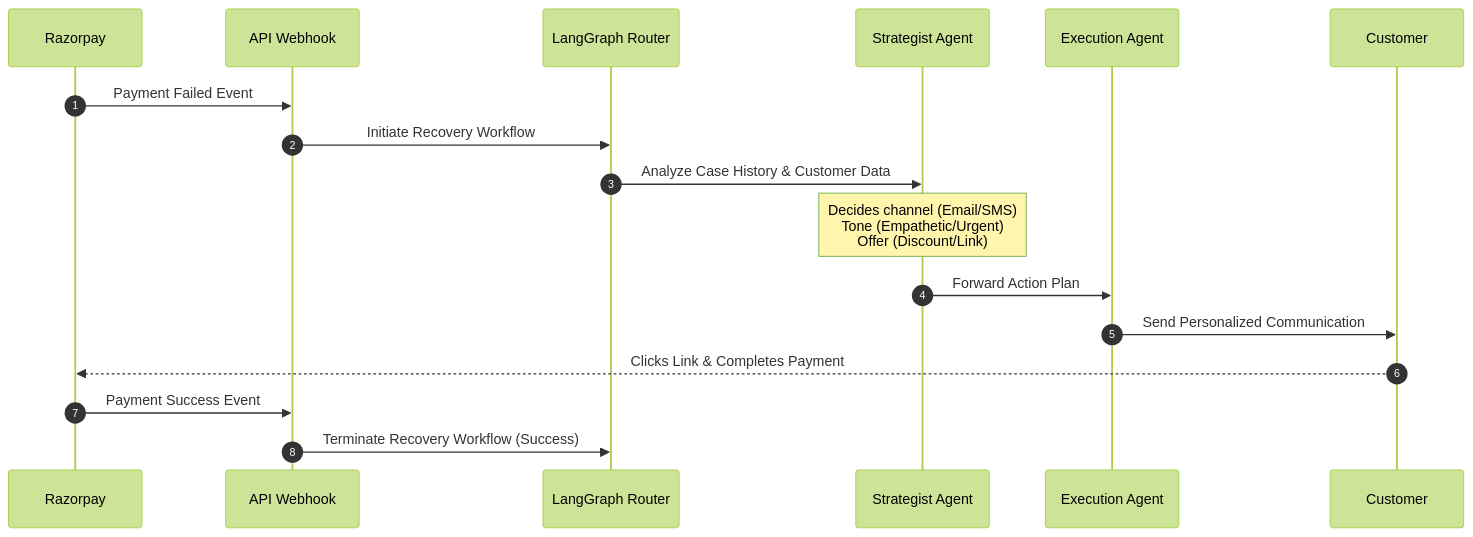
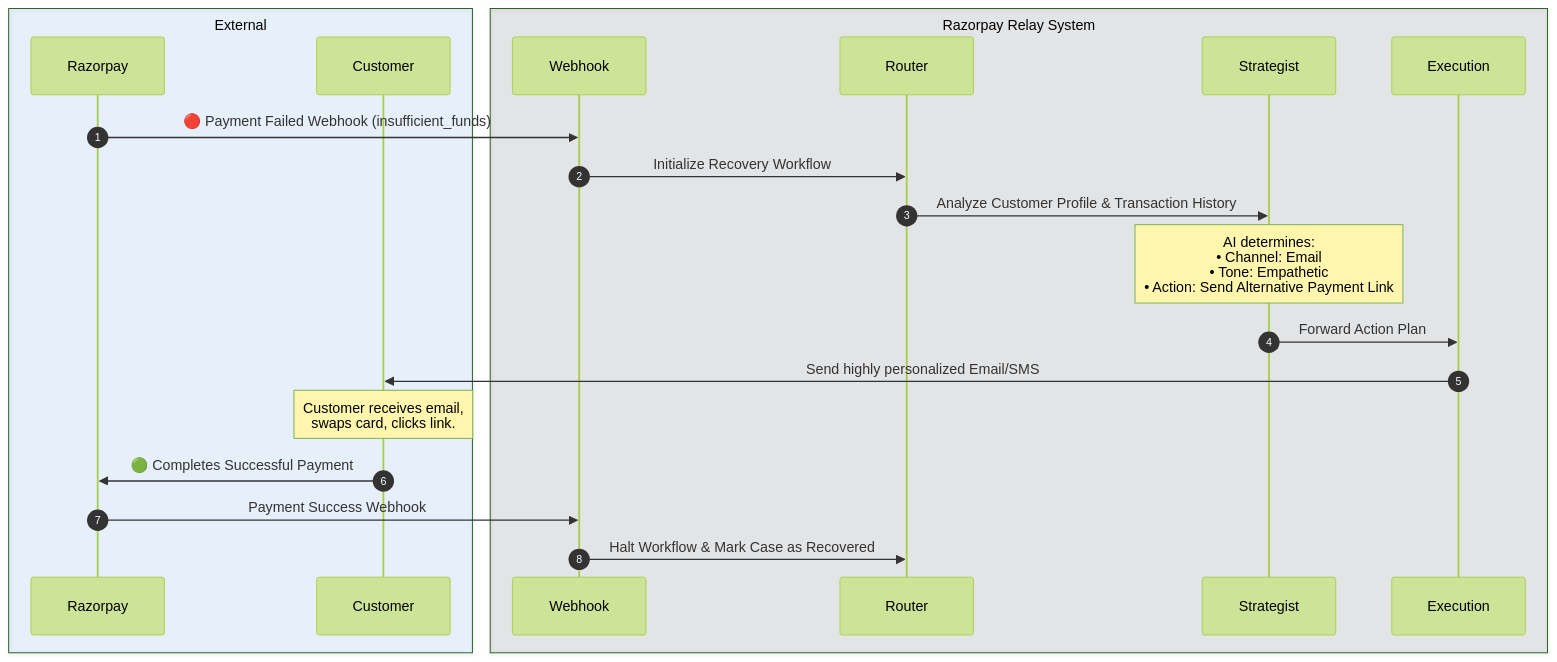
The second of 2 diagrams in README.md (sanyam-15/Buildathon), drawn with Mermaid (forest theme) before and after one commit. The commit also changed other lines of this file, not shown here.

````diff
--- a/README.md
+++ b/README.md
@@ -120,20 +111,29 @@
 ```mermaid
 sequenceDiagram
     autonumber
-    participant Gateway as Razorpay
-    participant Webhook as API Webhook
-    participant Router as LangGraph Router
-    participant Strategist as Strategist Agent
-    participant Execution as Execution Agent
-    participant Customer as Customer
+    box rgba(43, 132, 234, 0.1) External
+    participant Razorpay
+    participant Customer
+    end
+    box rgba(15, 23, 42, 0.1) Razorpay Relay System
+    participant Webhook
+    participant Router
+    participant Strategist
+    participant Execution
+    end
 
-    Gateway->>Webhook: Payment Failed Event
-    Webhook->>Router: Initiate Recovery Workflow
-    Router->>Strategist: Analyze Case History & Customer Data
-    Note over Strategist: Decides channel (Email/SMS)<br/>Tone (Empathetic/Urgent)<br/>Offer (Discount/Link)
+    Razorpay->>Webhook: 🔴 Payment Failed Webhook (insufficient_funds)
+    Webhook->>Router: Initialize Recovery Workflow
+    Router->>Strategist: Analyze Customer Profile & Transaction History
+    
+    Note over Strategist: AI determines:<br/>• Channel: Email<br/>• Tone: Empathetic<br/>• Action: Send Alternative Payment Link
+    
     Strategist->>Execution: Forward Action Plan
-    Execution->>Customer: Send Personalized Communication
-    Customer-->>Gateway: Clicks Link & Completes Payment
-    Gateway->>Webhook: Payment Success Event
-    Webhook->>Router: Terminate Recovery Workflow (Success)
+    Execution->>Customer: Send highly personalized Email/SMS
+    
+    Note over Customer: Customer receives email,<br/>swaps card, clicks link.
+    
+    Customer->>Razorpay: 🟢 Completes Successful Payment
+    Razorpay->>Webhook: Payment Success Webhook
+    Webhook->>Router: Halt Workflow & Mark Case as Recovered
 ```
````
